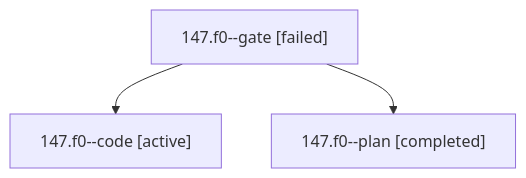
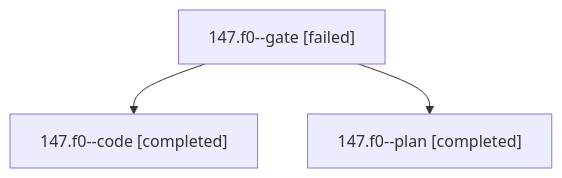
The diagram in sessions/bbugyi200.athena.147.f0.md (sase-org/sase--agents), drawn with Mermaid before and after one commit. The commit also changed other lines of this file and 21 other files, not shown here.

````diff
--- a/sessions/bbugyi200.athena.147.f0.md
+++ b/sessions/bbugyi200.athena.147.f0.md
@@ -9,8 +9,8 @@
 ```mermaid
 flowchart TD
   n0["147.f0--gate [failed]"]
-  n1["147.f0--code [active]"]
+  n1["147.f0--code [completed]"]
   n0 --> n1
   n2["147.f0--plan [completed]"]
   n0 --> n2
 ```
````
